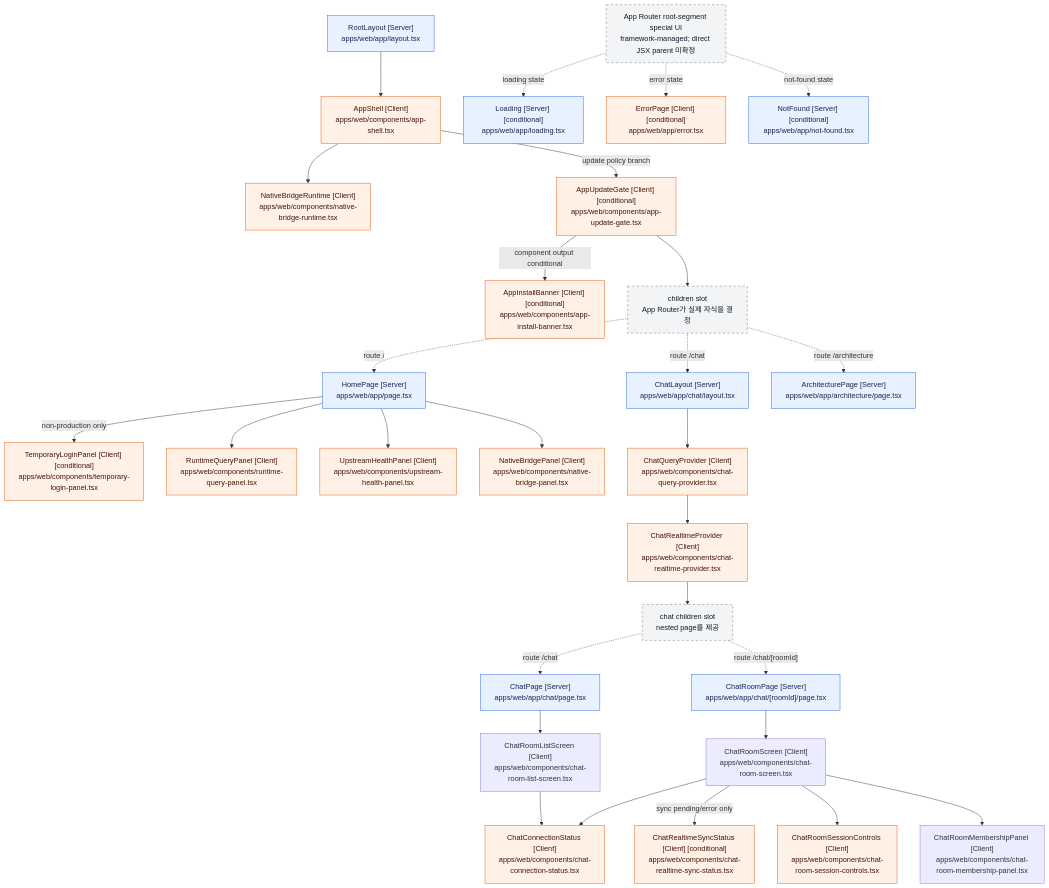
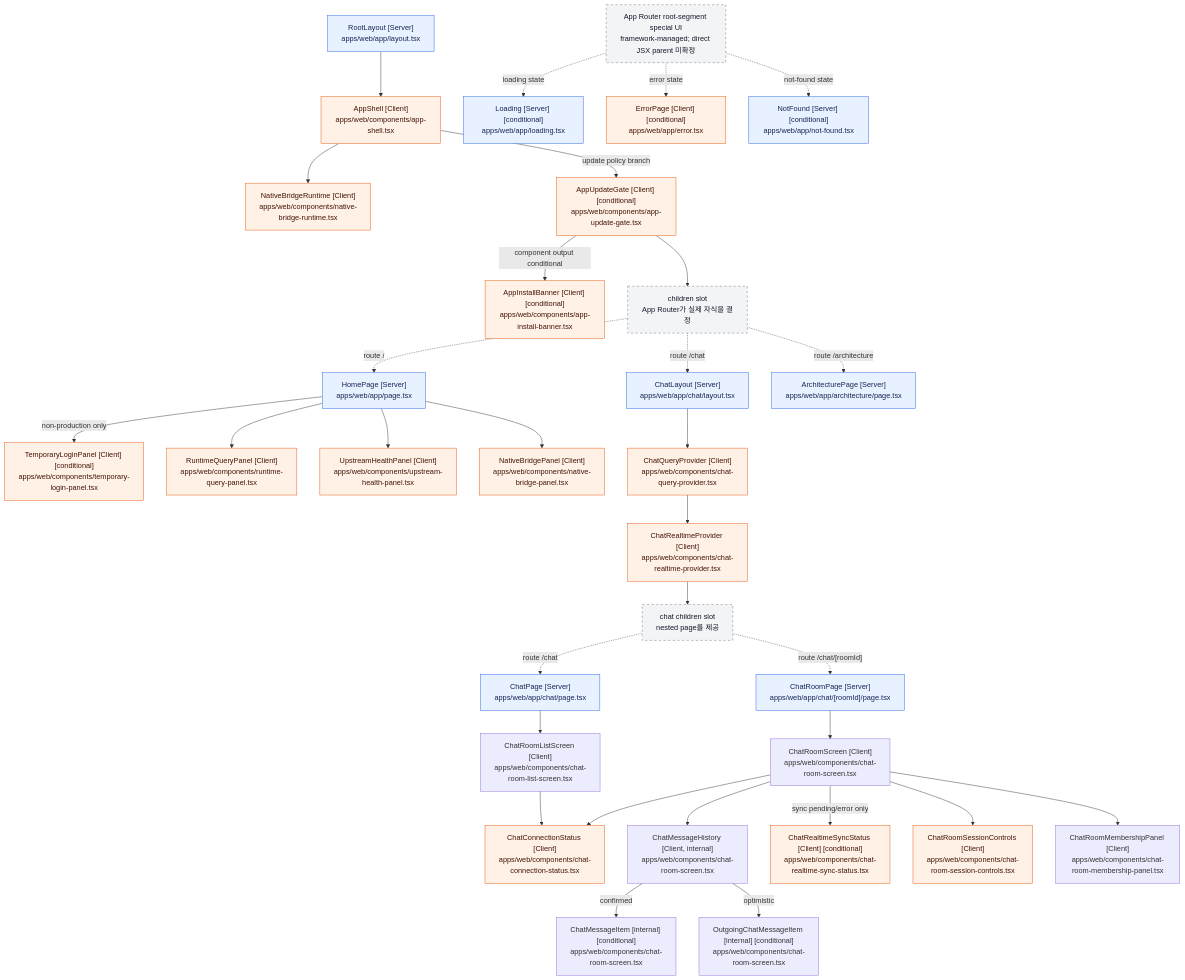
The diagram in docs/architecture/react-component-tree.md (mokpombc17-coder/CIVIC-AI), drawn with Mermaid before and after one commit. The commit also changed other lines of this file and 18 other files, not shown here.

Commit message:
feat(chat): add optimistic FIFO message queue

````diff
--- a/docs/architecture/react-component-tree.md
+++ b/docs/architecture/react-component-tree.md
@@ -115,75 +118,81 @@
 ```mermaid
 flowchart TD
     RootLayout["RootLayout [Server]<br/>apps/web/app/layout.tsx"]
     AppShell["AppShell [Client]<br/>apps/web/components/app-shell.tsx"]
     NativeBridgeRuntime["NativeBridgeRuntime [Client]<br/>apps/web/components/native-bridge-runtime.tsx"]
     AppUpdateGate["AppUpdateGate [Client] [conditional]<br/>apps/web/components/app-update-gate.tsx"]
     AppInstallBanner["AppInstallBanner [Client] [conditional]<br/>apps/web/components/app-install-banner.tsx"]
     ChildrenSlot["children slot<br/>App Router가 실제 자식을 결정"]
 
     HomePage["HomePage [Server]<br/>apps/web/app/page.tsx"]
     TemporaryLoginPanel["TemporaryLoginPanel [Client] [conditional]<br/>apps/web/components/temporary-login-panel.tsx"]
     RuntimeQueryPanel["RuntimeQueryPanel [Client]<br/>apps/web/components/runtime-query-panel.tsx"]
     UpstreamHealthPanel["UpstreamHealthPanel [Client]<br/>apps/web/components/upstream-health-panel.tsx"]
     NativeBridgePanel["NativeBridgePanel [Client]<br/>apps/web/components/native-bridge-panel.tsx"]
 
     ChatLayout["ChatLayout [Server]<br/>apps/web/app/chat/layout.tsx"]
     ChatQueryProvider["ChatQueryProvider [Client]<br/>apps/web/components/chat-query-provider.tsx"]
     ChatRealtimeProvider["ChatRealtimeProvider [Client]<br/>apps/web/components/chat-realtime-provider.tsx"]
     ChatChildrenSlot["chat children slot<br/>nested page를 제공"]
     ChatPage["ChatPage [Server]<br/>apps/web/app/chat/page.tsx"]
     ChatRoomListScreen["ChatRoomListScreen [Client]<br/>apps/web/components/chat-room-list-screen.tsx"]
     ChatRoomPage["ChatRoomPage [Server]<br/>apps/web/app/chat/[roomId]/page.tsx"]
     ChatRoomScreen["ChatRoomScreen [Client]<br/>apps/web/components/chat-room-screen.tsx"]
+    ChatMessageHistory["ChatMessageHistory [Client, internal]<br/>apps/web/components/chat-room-screen.tsx"]
+    ChatMessageItem["ChatMessageItem [internal] [conditional]<br/>apps/web/components/chat-room-screen.tsx"]
+    OutgoingChatMessageItem["OutgoingChatMessageItem [internal] [conditional]<br/>apps/web/components/chat-room-screen.tsx"]
     ChatRoomMembershipPanel["ChatRoomMembershipPanel [Client]<br/>apps/web/components/chat-room-membership-panel.tsx"]
     ChatConnectionStatus["ChatConnectionStatus [Client]<br/>apps/web/components/chat-connection-status.tsx"]
     ChatRealtimeSyncStatus["ChatRealtimeSyncStatus [Client] [conditional]<br/>apps/web/components/chat-realtime-sync-status.tsx"]
     ChatRoomSessionControls["ChatRoomSessionControls [Client]<br/>apps/web/components/chat-room-session-controls.tsx"]
 
     ArchitecturePage["ArchitecturePage [Server]<br/>apps/web/app/architecture/page.tsx"]
 
     SpecialBoundary["App Router root-segment special UI<br/>framework-managed; direct JSX parent 미확정"]
     Loading["Loading [Server] [conditional]<br/>apps/web/app/loading.tsx"]
     ErrorPage["ErrorPage [Client] [conditional]<br/>apps/web/app/error.tsx"]
     NotFound["NotFound [Server] [conditional]<br/>apps/web/app/not-found.tsx"]
 
     RootLayout --> AppShell
     AppShell --> NativeBridgeRuntime
     AppShell -->|"update policy branch"| AppUpdateGate
     AppUpdateGate -->|"component output conditional"| AppInstallBanner
     AppUpdateGate --> ChildrenSlot
 
     ChildrenSlot -. "route /" .-> HomePage
     HomePage -->|"non-production only"| TemporaryLoginPanel
     HomePage --> RuntimeQueryPanel
     HomePage --> UpstreamHealthPanel
     HomePage --> NativeBridgePanel
 
     ChildrenSlot -. "route /chat" .-> ChatLayout
     ChatLayout --> ChatQueryProvider
     ChatQueryProvider --> ChatRealtimeProvider
     ChatRealtimeProvider --> ChatChildrenSlot
     ChatChildrenSlot -. "route /chat" .-> ChatPage
     ChatChildrenSlot -. "route /chat/[roomId]" .-> ChatRoomPage
     ChatPage --> ChatRoomListScreen
     ChatRoomListScreen --> ChatConnectionStatus
     ChatRoomPage --> ChatRoomScreen
     ChatRoomScreen --> ChatConnectionStatus
+    ChatRoomScreen --> ChatMessageHistory
+    ChatMessageHistory -->|confirmed| ChatMessageItem
+    ChatMessageHistory -->|optimistic| OutgoingChatMessageItem
     ChatRoomScreen -->|"sync pending/error only"| ChatRealtimeSyncStatus
     ChatRoomScreen --> ChatRoomSessionControls
     ChatRoomScreen --> ChatRoomMembershipPanel
 
     ChildrenSlot -. "route /architecture" .-> ArchitecturePage
 
     SpecialBoundary -. "loading state" .-> Loading
     SpecialBoundary -. "error state" .-> ErrorPage
     SpecialBoundary -. "not-found state" .-> NotFound
 
     classDef server fill:#e8f1ff,stroke:#2563eb,color:#172554;
     classDef client fill:#fff1e6,stroke:#ea580c,color:#431407;
     classDef framework fill:#f3f4f6,stroke:#6b7280,color:#111827,stroke-dasharray:5 5;
 
     class RootLayout,HomePage,ChatLayout,ChatPage,ChatRoomPage,ArchitecturePage,Loading,NotFound server;
     class AppShell,NativeBridgeRuntime,AppUpdateGate,AppInstallBanner,TemporaryLoginPanel,RuntimeQueryPanel,UpstreamHealthPanel,NativeBridgePanel,ChatQueryProvider,ChatRealtimeProvider,ChatConnectionStatus,ChatRealtimeSyncStatus,ChatRoomSessionControls,ErrorPage client;
     class ChildrenSlot,ChatChildrenSlot,SpecialBoundary framework;
 ```
````
